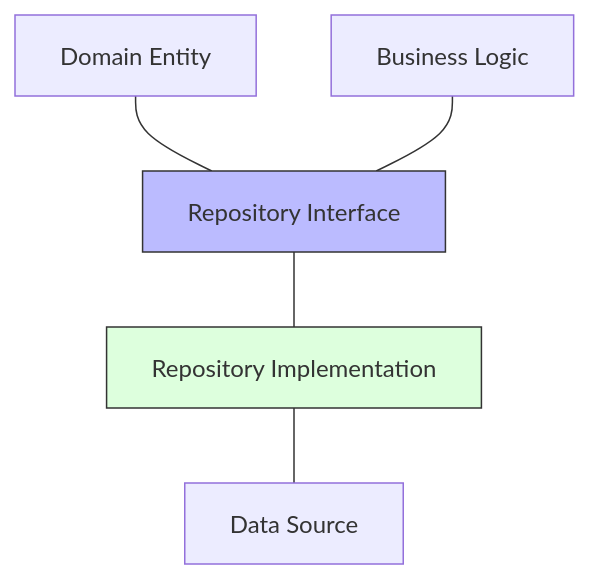
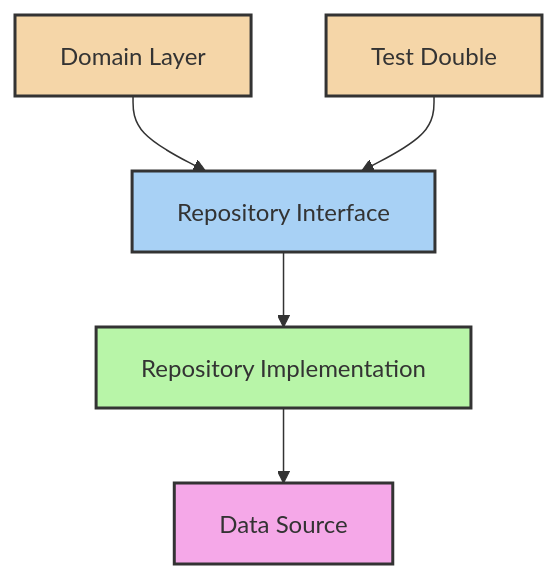
The diagram in docs/fundamentals/software-architecture/clean-architecture/patterns/repository-pattern.md (gonzaloan/crack-your-interview), drawn with Mermaid before and after one commit. The commit also changed other lines of this file and 43 other files, not shown here.

````diff
--- a/docs/fundamentals/software-architecture/clean-architecture/patterns/repository-pattern.md
+++ b/docs/fundamentals/software-architecture/clean-architecture/patterns/repository-pattern.md
@@ -22,9 +32,14 @@
 ```mermaid
 graph TD
-    A[Domain Entity] --- B[Repository Interface]
-    B --- C[Repository Implementation]
-    C --- D[Data Source]
-    E[Business Logic] --- B
-    style B fill:#bbf,stroke:#333
-    style C fill:#dfd,stroke:#333
+    A[Domain Layer] --> B[Repository Interface]
+    B --> C[Repository Implementation]
+    C --> D[Data Source]
+    
+    E[Test Double] --> B
+    
+    style A fill:#f5d6a8,stroke:#333,stroke-width:2px
+    style B fill:#a8d1f5,stroke:#333,stroke-width:2px
+    style C fill:#b8f5a8,stroke:#333,stroke-width:2px
+    style D fill:#f5a8e8,stroke:#333,stroke-width:2px
+    style E fill:#f5d6a8,stroke:#333,stroke-width:2px
 ```
````
